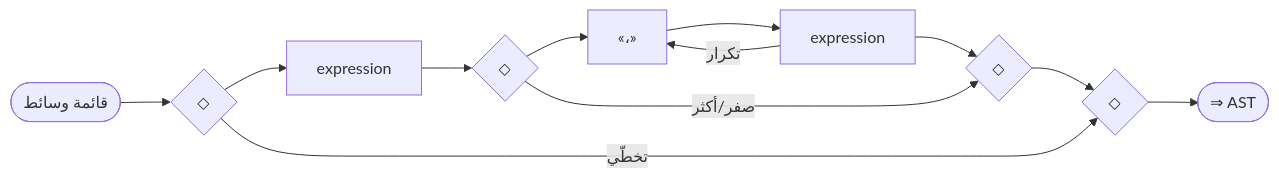
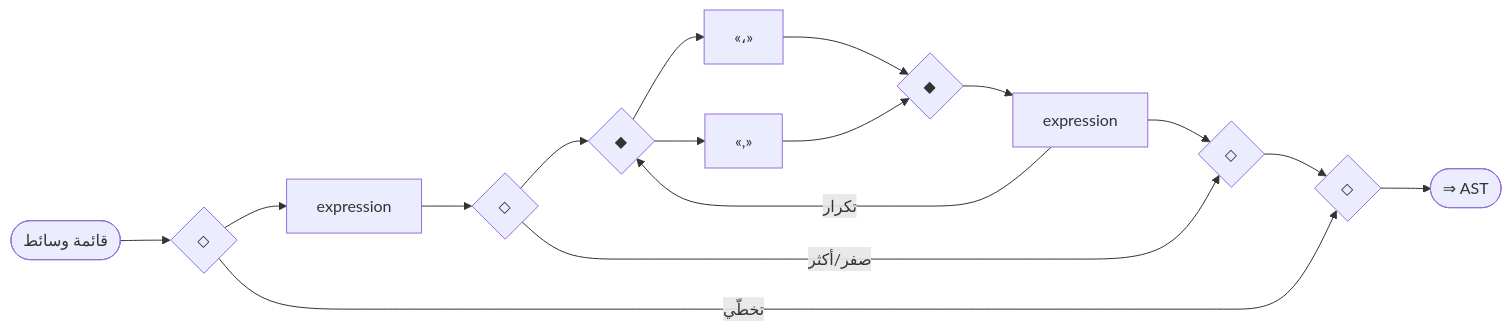
One commit to sadlang/sadlang changed diagram 19 of 19 in docs/parser_rule/_generated/20_declarations.md. Above: the diagram before and after it, drawn with Mermaid. The commit also changed other lines of this file and 103 other files, not shown here.

````diff
--- a/docs/parser_rule/_generated/20_declarations.md
+++ b/docs/parser_rule/_generated/20_declarations.md
@@ -711,23 +753,30 @@
 ```mermaid
 flowchart LR
   n1(["قائمة وسائط"])
   n2{"◇"}
   n3{"◇"}
   n4["expression"]
   n5{"◇"}
   n6{"◇"}
-  n7["«،»"]
-  n8["expression"]
-  n7 --> n8
+  n7{"◆"}
+  n8{"◆"}
+  n9["«،»"]
+  n7 --> n9
+  n9 --> n8
+  n10["«,»"]
+  n7 --> n10
+  n10 --> n8
+  n11["expression"]
+  n8 --> n11
   n5 --> n7
-  n8 --> n6
-  n8 -- "تكرار" --> n7
+  n11 --> n6
+  n11 -- "تكرار" --> n7
   n5 -- "صفر/أكثر" --> n6
   n4 --> n5
   n2 --> n4
   n6 --> n3
   n2 -- "تخطّي" --> n3
   n1 --> n2
-  n9(["⇒ AST"])
-  n3 --> n9
+  n12(["⇒ AST"])
+  n3 --> n12
 ```
````
